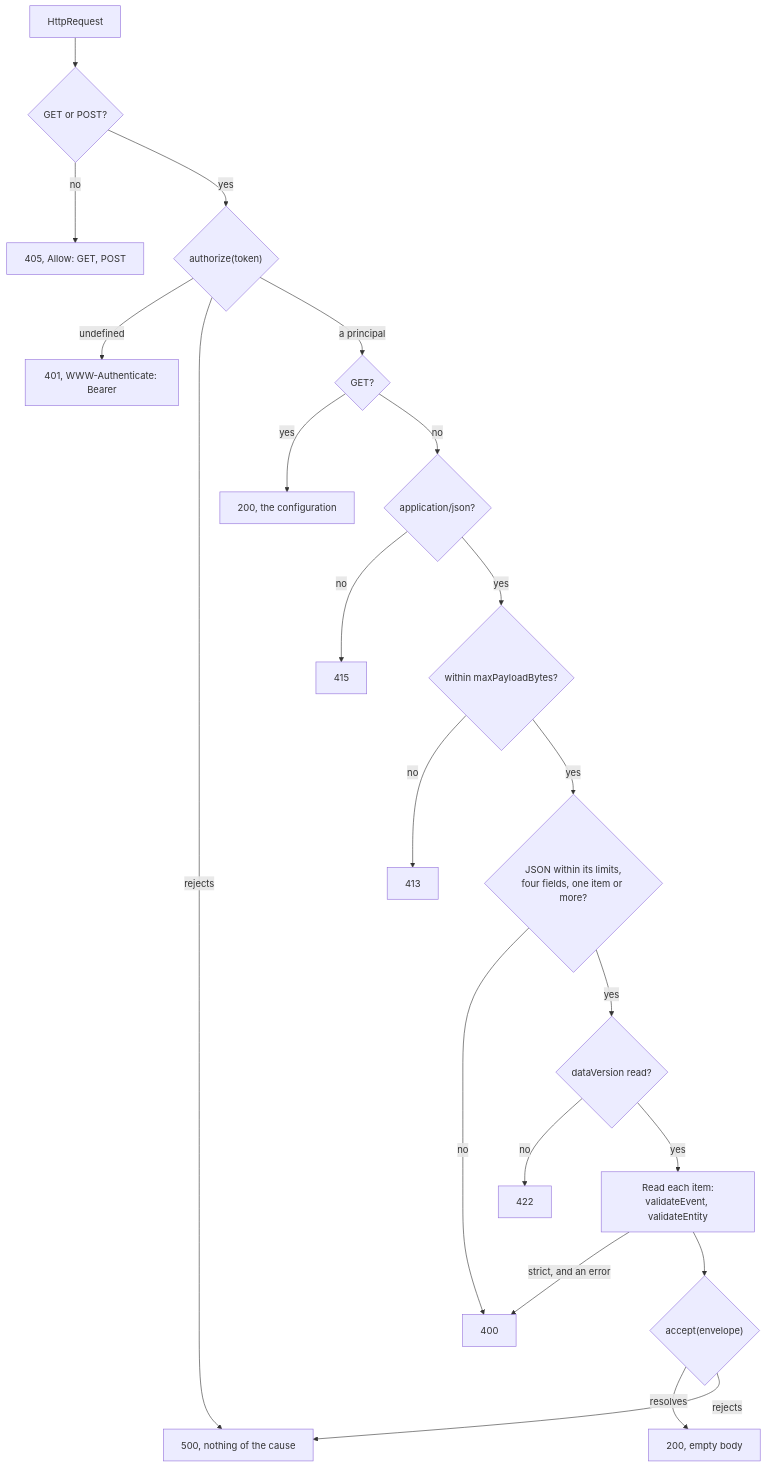
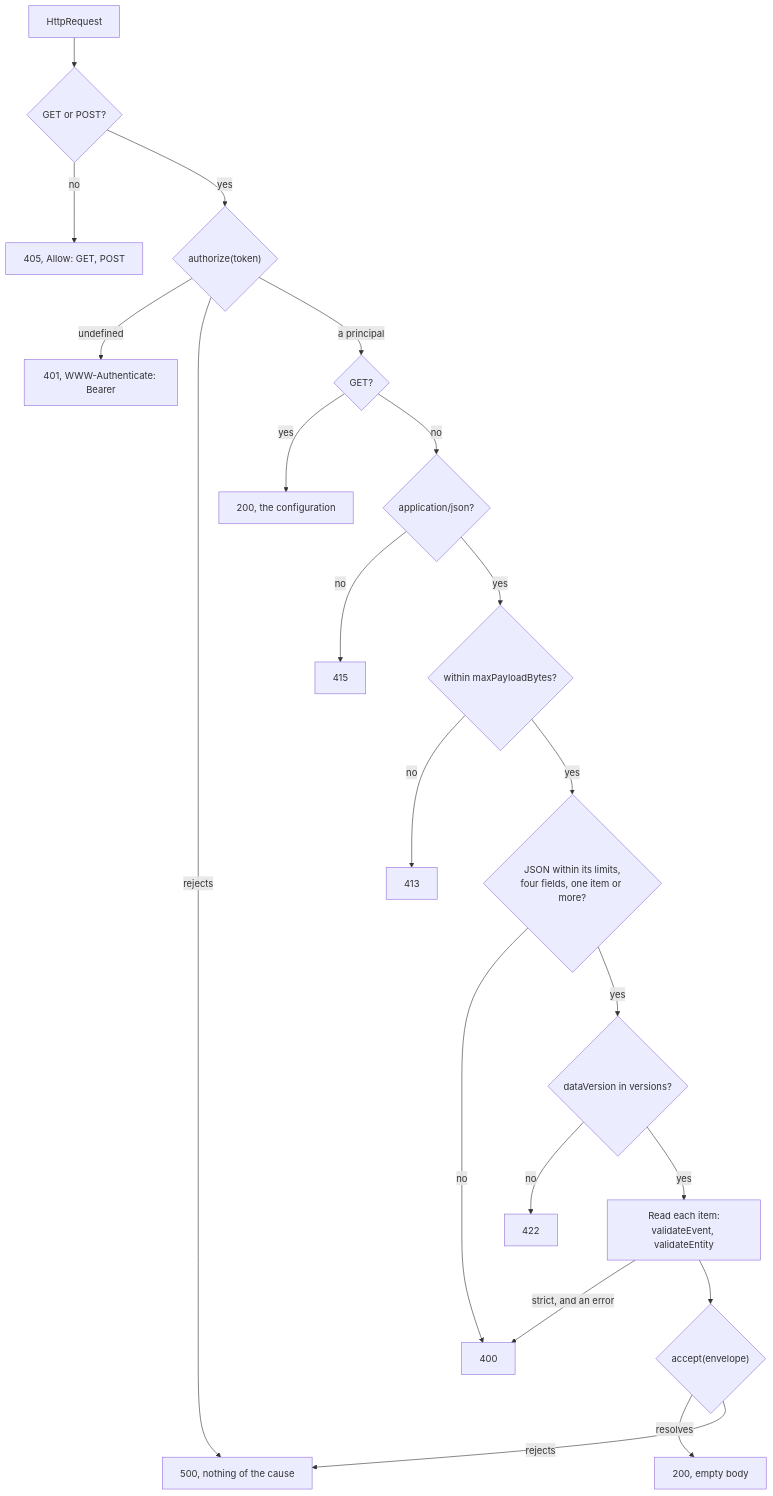
Before and after one commit to interopkit/interopkit: the diagram in docs/learning-analytics/endpoint.md, drawn with Mermaid. The commit also changed other lines of this file and 63 other files, not shown here.

First line of the commit message:
Read Caliper 1.1 documents and envelopes into the model of 1.2, and let an endpoint choose the versions it reads

````diff
--- a/docs/learning-analytics/endpoint.md
+++ b/docs/learning-analytics/endpoint.md
@@ -7,23 +7,23 @@
 ```mermaid
 flowchart TD
   req["HttpRequest"] --> m{"GET or POST?"}
   m -->|"no"| r405["405, Allow: GET, POST"]
   m -->|"yes"| a{"authorize(token)"}
   a -->|"undefined"| r401["401, WWW-Authenticate: Bearer"]
   a -->|"rejects"| r500["500, nothing of the cause"]
   a -->|"a principal"| g{"GET?"}
   g -->|"yes"| cfg["200, the configuration"]
   g -->|"no"| t{"application/json?"}
   t -->|"no"| r415["415"]
   t -->|"yes"| z{"within maxPayloadBytes?"}
   z -->|"no"| r413["413"]
   z -->|"yes"| j{"JSON within its limits,<br/>four fields, one item or more?"}
   j -->|"no"| r400["400"]
-  j -->|"yes"| v{"dataVersion read?"}
+  j -->|"yes"| v{"dataVersion in versions?"}
   v -->|"no"| r422["422"]
   v -->|"yes"| d["Read each item:<br/>validateEvent, validateEntity"]
   d -->|"strict, and an error"| r400
   d --> acc{"accept(envelope)"}
   acc -->|"resolves"| ok["200, empty body"]
   acc -->|"rejects"| r500
 ```
````
